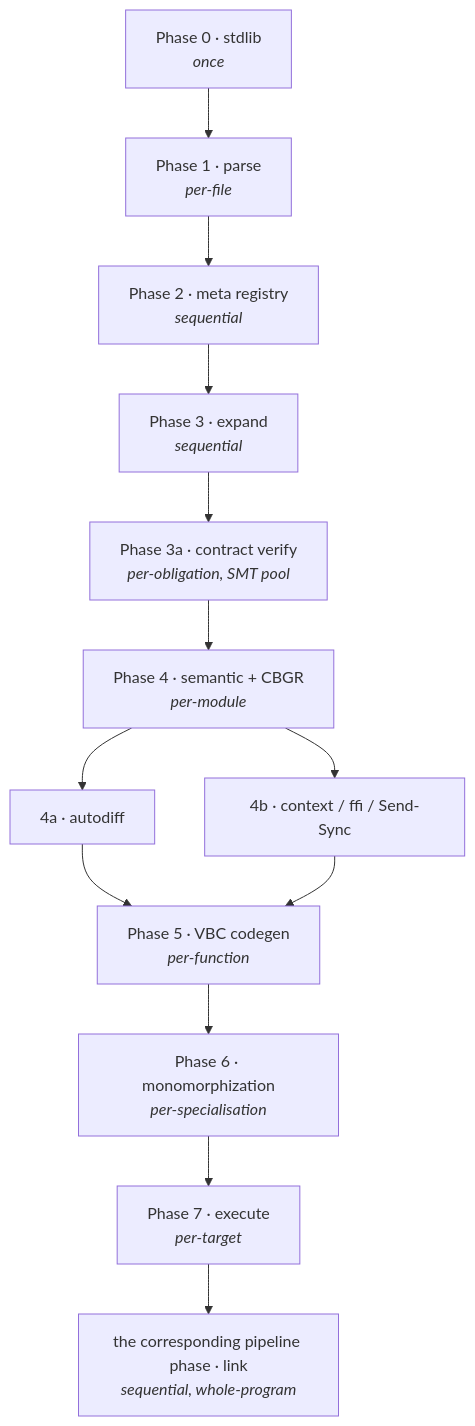
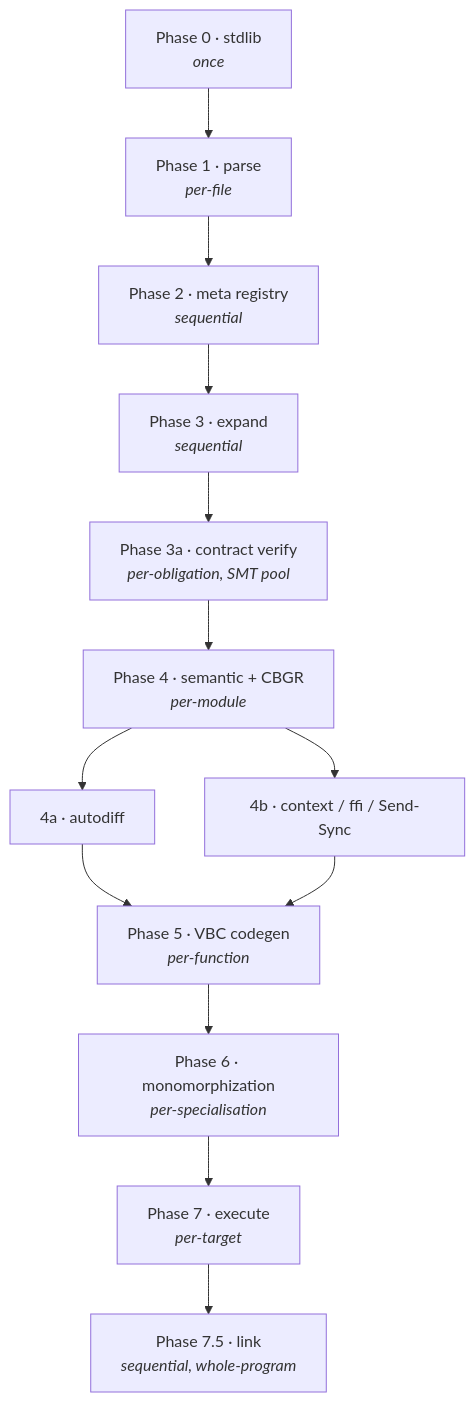
Before and after one commit to verum-lang/website: the second of 2 diagrams in docs/architecture/compilation-pipeline.md, drawn with Mermaid. The commit also changed other lines of this file and 81 other files, not shown here.

````diff
--- a/docs/architecture/compilation-pipeline.md
+++ b/docs/architecture/compilation-pipeline.md
@@ -281,22 +275,22 @@
 ```mermaid
 flowchart TD
     P0["Phase 0 · stdlib<br/><i>once</i>"]
     P1["Phase 1 · parse<br/><i>per-file</i>"]
     P2["Phase 2 · meta registry<br/><i>sequential</i>"]
     P3["Phase 3 · expand<br/><i>sequential</i>"]
     P3A["Phase 3a · contract verify<br/><i>per-obligation, SMT pool</i>"]
     P4["Phase 4 · semantic + CBGR<br/><i>per-module</i>"]
     P4A["4a · autodiff"]
     P4B["4b · context / ffi / Send-Sync"]
     P5["Phase 5 · VBC codegen<br/><i>per-function</i>"]
     P6["Phase 6 · monomorphization<br/><i>per-specialisation</i>"]
     P7["Phase 7 · execute<br/><i>per-target</i>"]
-    P75["the corresponding pipeline phase · link<br/><i>sequential, whole-program</i>"]
+    P75["Phase 7.5 · link<br/><i>sequential, whole-program</i>"]
 
     P0 --> P1 --> P2 --> P3 --> P3A --> P4
     P4 --> P4A
     P4 --> P4B
     P4A --> P5
     P4B --> P5
     P5 --> P6 --> P7 --> P75
 ```
````
